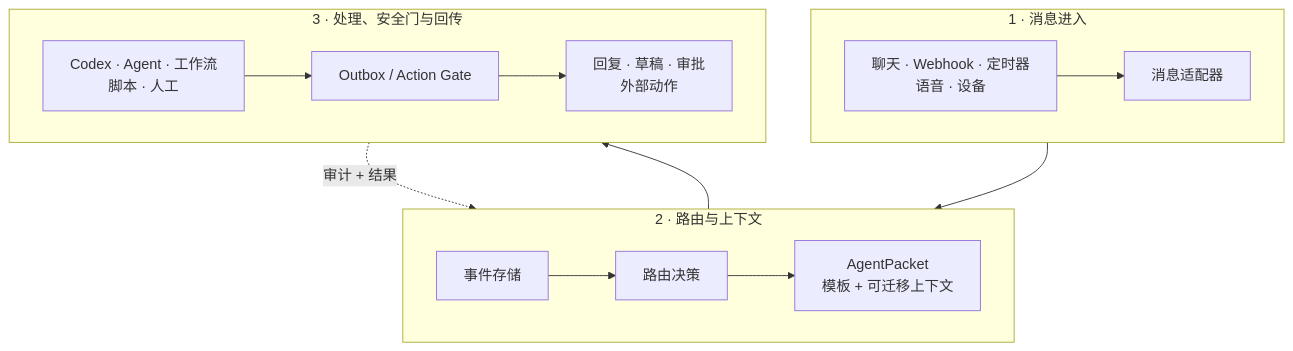
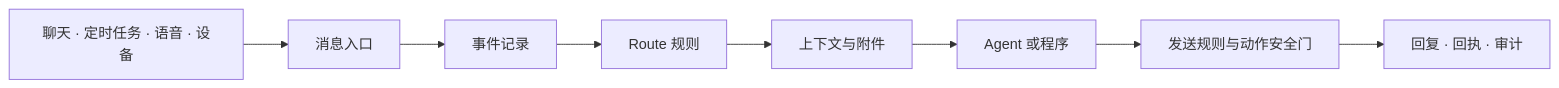
One commit to vb2250158/RabiRoute changed the diagram in README_zh.md. Above: the diagram before and after it, drawn with Mermaid. The commit also changed other lines of this file and 50 other files, not shown here.

````diff
--- a/README_zh.md
+++ b/README_zh.md
@@ -96,21 +110,10 @@
 ```mermaid
-flowchart TB
-    subgraph ingress ["1 · 消息进入"]
-        direction LR
-        A["聊天 · Webhook · 定时器<br/>语音 · 设备"] --> B["消息适配器"]
-    end
-
-    subgraph routing ["2 · 路由与上下文"]
-        direction LR
-        C["事件存储"] --> D["路由决策"] --> E["AgentPacket<br/>模板 + 可迁移上下文"]
-    end
-
-    subgraph delivery ["3 · 处理、安全门与回传"]
-        direction LR
-        F["Codex · Agent · 工作流<br/>脚本 · 人工"] --> G["Outbox / Action Gate"] --> H["回复 · 草稿 · 审批<br/>外部动作"]
-    end
-
-    B --> C
-    E --> F
-    H -. "审计 + 结果" .-> C
+flowchart LR
+    A[聊天 · 定时任务 · 语音 · 设备] --> B[消息入口]
+    B --> C[事件记录]
+    C --> D[Route 规则]
+    D --> E[上下文与附件]
+    E --> F[Agent 或程序]
+    F --> G[发送规则与动作安全门]
+    G --> H[回复 · 回执 · 审计]
 ```
````
